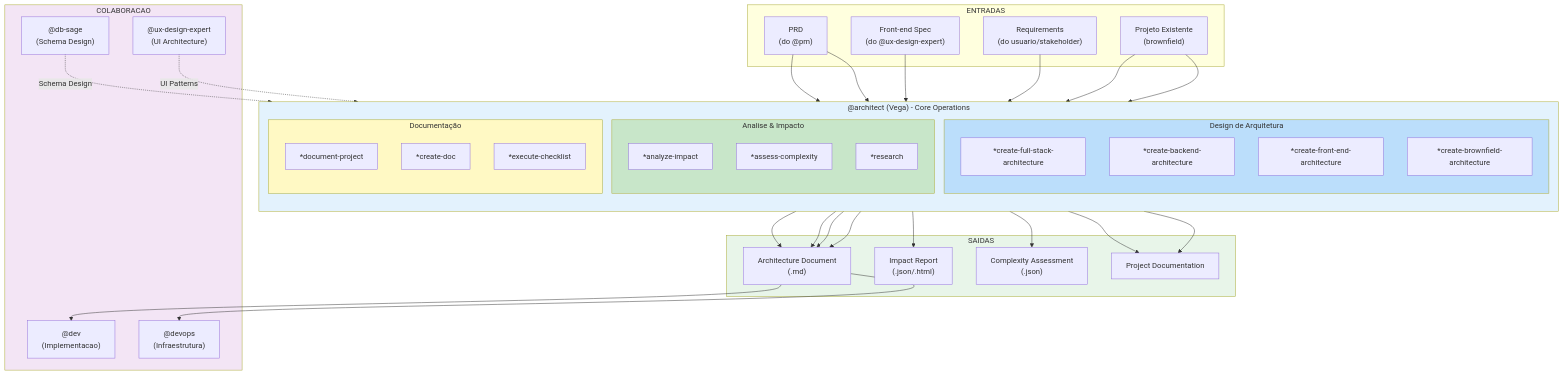
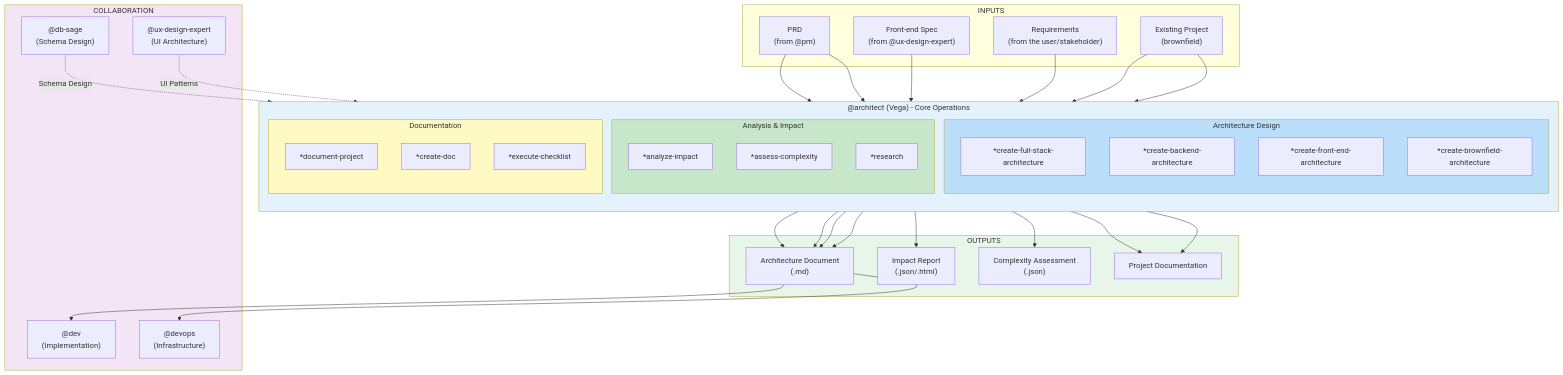
The first of 8 diagrams in docs/aexos-agent-flows/architect-system.md (CyryxLabs/AEXOS), drawn with Mermaid before and after one commit. The commit also changed other lines of this file and 528 other files, not shown here.

````diff
--- a/docs/aexos-agent-flows/architect-system.md
+++ b/docs/aexos-agent-flows/architect-system.md
@@ -92,77 +92,77 @@
 ```mermaid
 flowchart TB
-    subgraph INPUTS["ENTRADAS"]
-        PRD["PRD\n(do @pm)"]
-        FRONTEND_SPEC["Front-end Spec\n(do @ux-design-expert)"]
-        REQUIREMENTS["Requirements\n(do usuario/stakeholder)"]
-        EXISTING_PROJECT["Projeto Existente\n(brownfield)"]
+    subgraph INPUTS["INPUTS"]
+        PRD["PRD\n(from @pm)"]
+        FRONTEND_SPEC["Front-end Spec\n(from @ux-design-expert)"]
+        REQUIREMENTS["Requirements\n(from the user/stakeholder)"]
+        EXISTING_PROJECT["Existing Project\n(brownfield)"]
     end
 
     subgraph ARCHITECT_CORE["@architect (Vega) - Core Operations"]
         direction TB
 
-        subgraph DESIGN["Design de Arquitetura"]
+        subgraph DESIGN["Architecture Design"]
             FULLSTACK["*create-full-stack-architecture"]
             BACKEND["*create-backend-architecture"]
             FRONTEND["*create-front-end-architecture"]
             BROWNFIELD["*create-brownfield-architecture"]
         end
 
-        subgraph ANALYSIS["Analise & Impacto"]
+        subgraph ANALYSIS["Analysis & Impact"]
             IMPACT["*analyze-impact"]
             COMPLEXITY["*assess-complexity"]
             RESEARCH["*research"]
         end
 
-        subgraph DOCS["Documentação"]
+        subgraph DOCS["Documentation"]
             DOC_PROJECT["*document-project"]
             CREATE_DOC["*create-doc"]
             CHECKLIST["*execute-checklist"]
         end
     end
 
-    subgraph OUTPUTS["SAIDAS"]
+    subgraph OUTPUTS["OUTPUTS"]
         ARCH_DOC["Architecture Document\n(.md)"]
         IMPACT_REPORT["Impact Report\n(.json/.html)"]
         COMPLEXITY_JSON["Complexity Assessment\n(.json)"]
         PROJECT_DOCS["Project Documentation"]
     end
 
-    subgraph COLLABORATION["COLABORACAO"]
+    subgraph COLLABORATION["COLLABORATION"]
         DB_SAGE["@db-sage\n(Schema Design)"]
         UX_EXPERT["@ux-design-expert\n(UI Architecture)"]
-        DEV["@dev\n(Implementacao)"]
-        DEVOPS["@devops\n(Infraestrutura)"]
+        DEV["@dev\n(Implementation)"]
+        DEVOPS["@devops\n(Infrastructure)"]
     end
 
     PRD --> FULLSTACK
     PRD --> BACKEND
     FRONTEND_SPEC --> FRONTEND
     REQUIREMENTS --> BROWNFIELD
     EXISTING_PROJECT --> DOC_PROJECT
     EXISTING_PROJECT --> BROWNFIELD
 
     FULLSTACK --> ARCH_DOC
     BACKEND --> ARCH_DOC
     FRONTEND --> ARCH_DOC
     BROWNFIELD --> ARCH_DOC
 
     IMPACT --> IMPACT_REPORT
     COMPLEXITY --> COMPLEXITY_JSON
 
     DOC_PROJECT --> PROJECT_DOCS
     CREATE_DOC --> PROJECT_DOCS
 
     ARCH_DOC --> DEV
     ARCH_DOC --> DEVOPS
 
     DB_SAGE -.->|"Schema Design"| FULLSTACK
     UX_EXPERT -.->|"UI Patterns"| FRONTEND
 
     style ARCHITECT_CORE fill:#e3f2fd
     style DESIGN fill:#bbdefb
     style ANALYSIS fill:#c8e6c9
     style DOCS fill:#fff9c4
     style OUTPUTS fill:#e8f5e9
     style COLLABORATION fill:#f3e5f5
 ```
````
